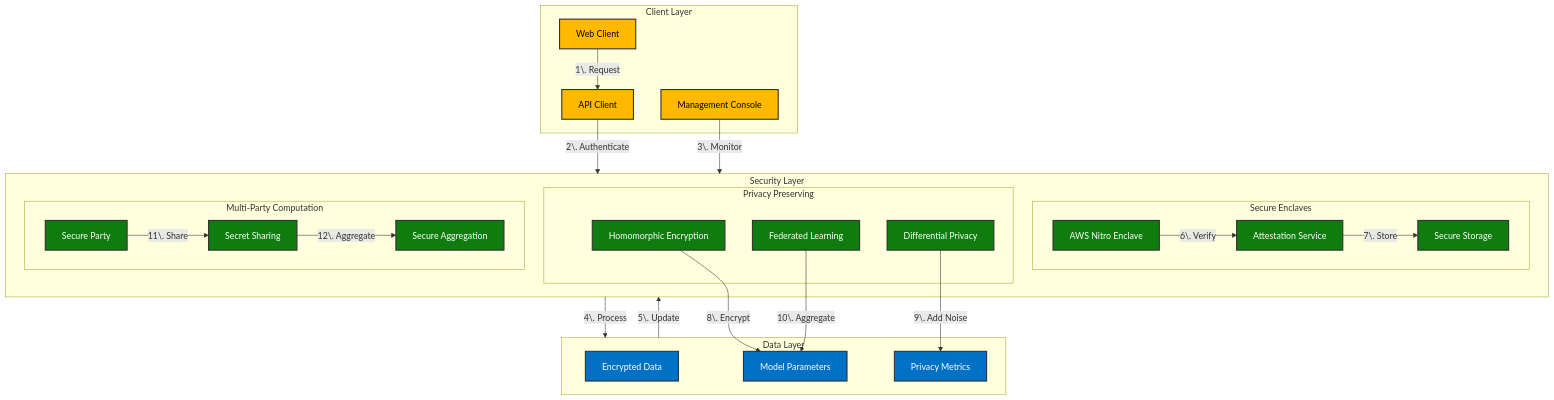
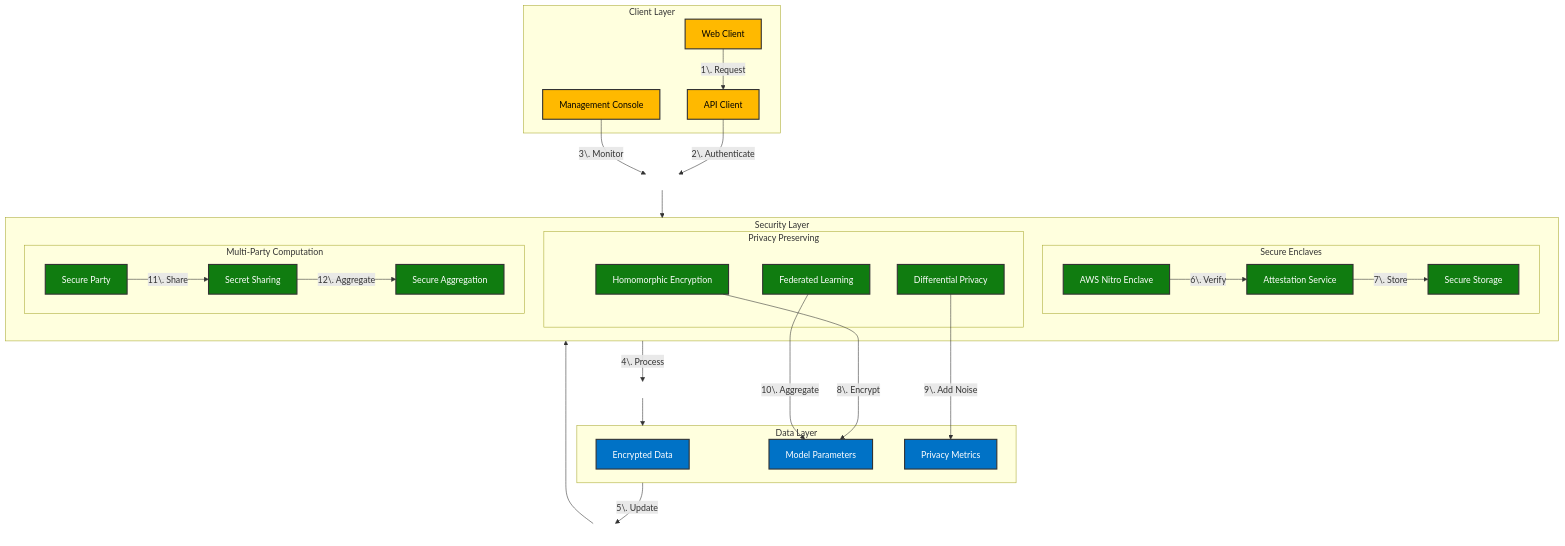
Before and after one commit to gitmujoshi/confidentialcomputingplatform: the diagram in docs/diagrams/architecture.mmd, drawn with Mermaid.

Commit message:
fixed the diagrams

```diff
--- a/docs/diagrams/architecture.mmd
+++ b/docs/diagrams/architecture.mmd
@@ -1,63 +1,73 @@
 flowchart TB
     subgraph ClientLayer["Client Layer"]
         WebClient[Web Client]
         APIClient[API Client]
         Console[Management Console]
     end
+
+    %% Add spacing nodes
+    Spacer1[ ]
+    Spacer2[ ]
+    Spacer3[ ]
 
     subgraph SecurityLayer["Security Layer"]
         subgraph SecureEnclaves["Secure Enclaves"]
             NitroEnclave[AWS Nitro Enclave]
             Attestation[Attestation Service]
             SecureStorage[Secure Storage]
         end
 
         subgraph PrivacyPreserving["Privacy Preserving"]
             HomomorphicEnc[Homomorphic Encryption]
             DifferentialPrivacy[Differential Privacy]
             FederatedLearning[Federated Learning]
         end
 
         subgraph MultiPartyComp["Multi-Party Computation"]
             SecureParty[Secure Party]
             SecretSharing[Secret Sharing]
             SecureAgg[Secure Aggregation]
         end
     end
 
     subgraph DataLayer["Data Layer"]
         EncryptedData[Encrypted Data]
         ModelParams[Model Parameters]
         PrivacyMetrics[Privacy Metrics]
     end
 
     WebClient --> |1\. Request|APIClient
-    APIClient --> |2\. Authenticate|SecurityLayer
-    Console --> |3\. Monitor|SecurityLayer
+    APIClient --> |2\. Authenticate|Spacer1
+    Console --> |3\. Monitor|Spacer1
+    Spacer1 --> SecurityLayer
 
-    SecurityLayer --> |4\. Process|DataLayer
-    DataLayer --> |5\. Update|SecurityLayer
+    SecurityLayer --> |4\. Process|Spacer2
+    Spacer2 --> DataLayer
+    DataLayer --> |5\. Update|Spacer3
+    Spacer3 --> SecurityLayer
 
     subgraph SecureEnclaves
         NitroEnclave --> |6\. Verify|Attestation
         Attestation --> |7\. Store|SecureStorage
     end
 
     subgraph PrivacyPreserving
         HomomorphicEnc --> |8\. Encrypt|ModelParams
         DifferentialPrivacy --> |9\. Add Noise|PrivacyMetrics
         FederatedLearning --> |10\. Aggregate|ModelParams
     end
 
     subgraph MultiPartyComp
         SecureParty --> |11\. Share|SecretSharing
         SecretSharing --> |12\. Aggregate|SecureAgg
     end
 
     classDef client fill:#FFB900,stroke:#333,stroke-width:2px,color:black
     classDef security fill:#107C10,stroke:#333,stroke-width:2px,color:white
     classDef data fill:#0072C6,stroke:#333,stroke-width:2px,color:white
+    classDef spacer fill:none,stroke:none
 
     class WebClient,APIClient,Console client
     class NitroEnclave,Attestation,SecureStorage,HomomorphicEnc,DifferentialPrivacy,FederatedLearning,SecureParty,SecretSharing,SecureAgg security
     class EncryptedData,ModelParams,PrivacyMetrics data
+    class Spacer1,Spacer2,Spacer3 spacer
```
